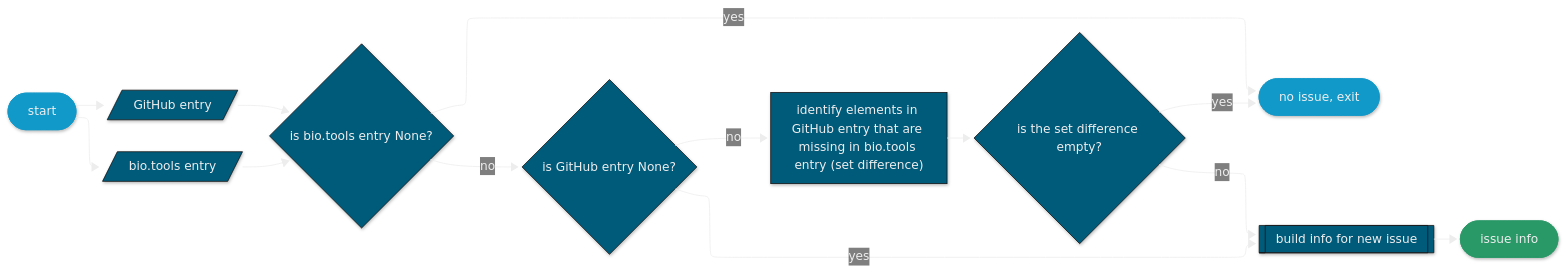
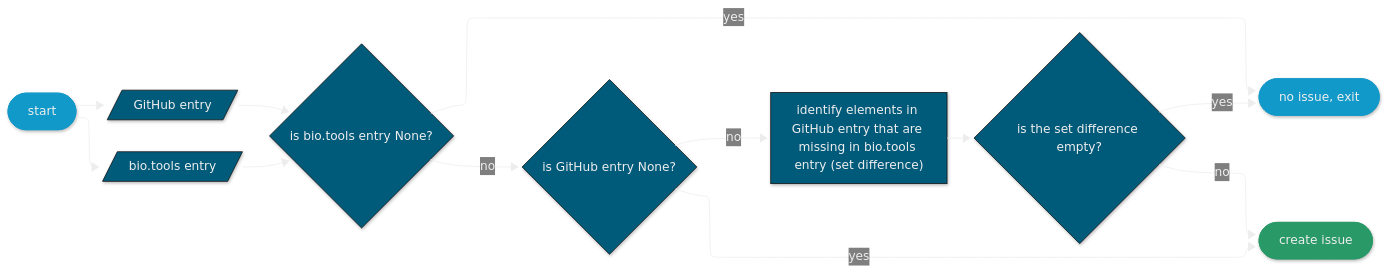
One commit to bio-tools/biohackathon2025 changed the diagram in docs/source/api_reference/diagrams/bt2gh/policy-bt-ontop-gh.mmd. Above: the diagram before and after it, drawn with Mermaid. The commit also changed 1 other file, not shown here.

```diff
--- a/docs/source/api_reference/diagrams/bt2gh/policy-bt-ontop-gh.mmd
+++ b/docs/source/api_reference/diagrams/bt2gh/policy-bt-ontop-gh.mmd
@@ -1,44 +1,43 @@
 ---
 config:
   theme: base
   look: neo
   layout: elk
   elk:
     nodePlacementStrategy: NETWORK_SIMPLEX
   themeVariables:
     darkMode: true
     background: "#121212"
     primaryColor: "#005a7a"
     primaryBorderColor: "#121212"
     secondaryBorderColor:  "#121212"
     edgeLabelBackground: transparent
     labelTextColor: "#5DD3FC"
     clusterBkg: transparent
     clusterBorder: "#5DD3FC"
     noteBkgColor: "#F47D22"
     noteBorderColor: "#F47D22"
     noteTextColor: "#fff"
 ---
 flowchart LR
     classDef notestyle fill:#F47D22
     classDef notestyle stroke:#F47D22
     classDef terminal fill:#1099c9
     classDef terminal stroke:#1099c9
     classDef success fill:#299967
     classDef success stroke:#299967
 
     start([start]):::terminal
     nochange([no issue, exit]):::terminal
     gh[/GitHub entry/]
     bt[/bio.tools entry/]
 
     start --> gh & bt
     gh & bt --> bt_check{is bio.tools entry None?}
     bt_check -->|yes| nochange
     bt_check -->|no| gh_check{is GitHub entry None?}
-    gh_check -->|yes| make_issue[[build info for new issue]]
+    gh_check -->|yes| return([create issue]):::success
     gh_check -->|no| diff["identify elements in GitHub entry that are missing in bio.tools entry (set difference)"]
     diff --> check_diff{is the set difference empty?}
     check_diff -->|yes| nochange
-    check_diff -->|no| make_issue
-    make_issue --> return([issue info]):::success
+    check_diff -->|no| return
```
